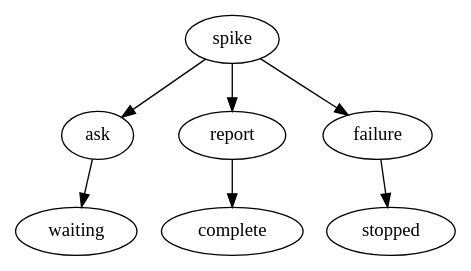
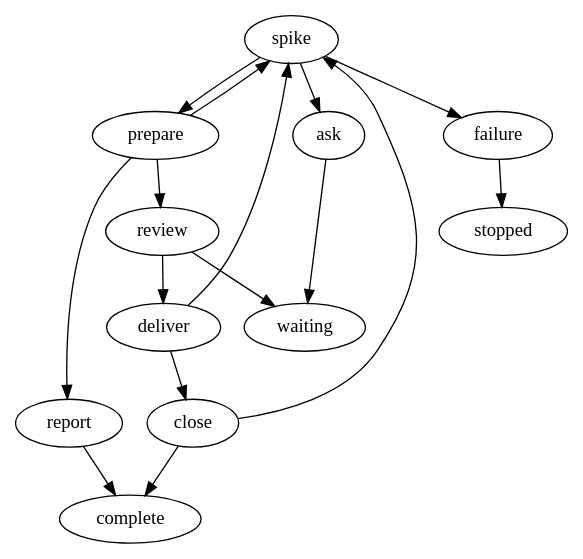
Before and after one commit to marioatcloudvane/litefactory: the diagram in teams/go-development/v1.0.0/spike/spike.dot, drawn with Graphviz. The commit also changed 25 other files, not shown here.

First line of the commit message:
Teams: wire lf_deliver into Spike (ship review) and Validate graphs

```diff
--- a/teams/go-development/v1.0.0/spike/spike.dot
+++ b/teams/go-development/v1.0.0/spike/spike.dot
@@ -1,33 +1,55 @@
 // Spike is one conversational agent. It reads the code, answers questions, asks
 // when something is unclear, changes code only when the owner clearly says so,
 // runs whatever checks it judges useful, and reports. All of that lives in the
 // role's Markdown. The factory does as little as possible.
 //
 // The agent's result names its own response (lf_response="result"): "ask" or
-// "done". The factory follows that response straight to a publication: a
-// question is posted and the instance waits for the owner, whose reply resumes
-// this same agent with its saved result as context; a finished report is posted
-// and the Spike completes. A later owner reply starts the next Spike from this
-// one. A failed attempt posts why and stops.
+// "done". A question is posted and the instance waits for the owner, whose
+// reply resumes this same agent with its saved result as context. A failed
+// attempt posts why and stops.
 //
-// The two publication nodes are the factory's own posting steps. They hold no
-// Spike logic: they post the agent's message as written and, for a question,
-// record the durable owner wait.
+// A finished result goes to the factory-wide delivery activity (lf_deliver).
+// "prepare" (push) saves the task branch, synchronizes, pushes and finds or
+// opens the PR. An answer without branch changes is "unchanged" and posts the
+// agent's final report. A prepared candidate is "ready" and reaches "review",
+// which publishes the shipping review with the saved commit, base, PR and the
+// agent's checks. Publishing ends at the waiting terminal; only an
+// authenticated exact owner "ship" reply bound to that displayed candidate
+// releases "approved" to "deliver" (merge), then "close". Other replies resume
+// the agent. A changed source or base returns "revalidate" to the agent for
+// fresh checks and a new review. Remote failures park for the owner's retry.
+//
+// The publication and delivery nodes hold no Spike logic: they post the
+// agent's message as written, record the durable owner wait, and perform the
+// factory-owned Git and forge effects.
 digraph spike {
  graph [team="go-development", mode="spike", profile_version="2", start="spike"];
 
  spike    [lf_action="lf_agent", lf_agent_markdown="spike", lf_skills="spike-result", lf_access="write", lf_response="result", lf_outcomes="ask,done,failed", lf_limit="8"];
+ prepare  [lf_action="lf_deliver", lf_operation="push", lf_source="spike", lf_outcomes="ready,unchanged,revalidate,blocked", lf_limit="8", lf_park="owner", lf_stop="blocked,failed,invalid,exhausted"];
+ review   [lf_action="lf_ask", lf_kind="review", lf_source="spike", lf_approve_reply="ship", lf_outcomes="published,approved", lf_limit="8"];
+ deliver  [lf_action="lf_deliver", lf_operation="merge", lf_source="spike", lf_outcomes="merged,revalidate,blocked", lf_limit="8", lf_park="owner", lf_stop="blocked,failed,invalid,exhausted"];
+ close    [lf_action="lf_deliver", lf_operation="close", lf_source="spike", lf_outcomes="completed,revalidate,blocked", lf_limit="8", lf_park="owner", lf_stop="blocked,failed,invalid,exhausted"];
  ask      [lf_action="lf_ask", lf_kind="question", lf_outcomes="published", lf_source="spike", lf_limit="8"];
  report   [lf_action="lf_comment", lf_kind="final", lf_outcomes="published", lf_source="spike", lf_limit="8"];
  failure  [lf_action="lf_comment", lf_kind="failure", lf_outcomes="published", lf_limit="8"];
  waiting  [lf_terminal="true"];
  complete [lf_terminal="true"];
  stopped  [lf_terminal="true"];
 
  spike   -> ask      [lf_on="ask"];
- spike   -> report   [lf_on="done"];
+ spike   -> prepare  [lf_on="done"];
  spike   -> failure  [lf_on="failed"];
+ prepare -> review   [lf_on="ready"];
+ prepare -> report   [lf_on="unchanged"];
+ prepare -> spike    [lf_on="revalidate"];
+ review  -> waiting  [lf_on="published"];
+ review  -> deliver  [lf_on="approved"];
+ deliver -> close    [lf_on="merged"];
+ deliver -> spike    [lf_on="revalidate"];
+ close   -> complete [lf_on="completed"];
+ close   -> spike    [lf_on="revalidate"];
  ask     -> waiting  [lf_on="published"];
  report  -> complete [lf_on="published"];
  failure -> stopped  [lf_on="published"];
 }
```
